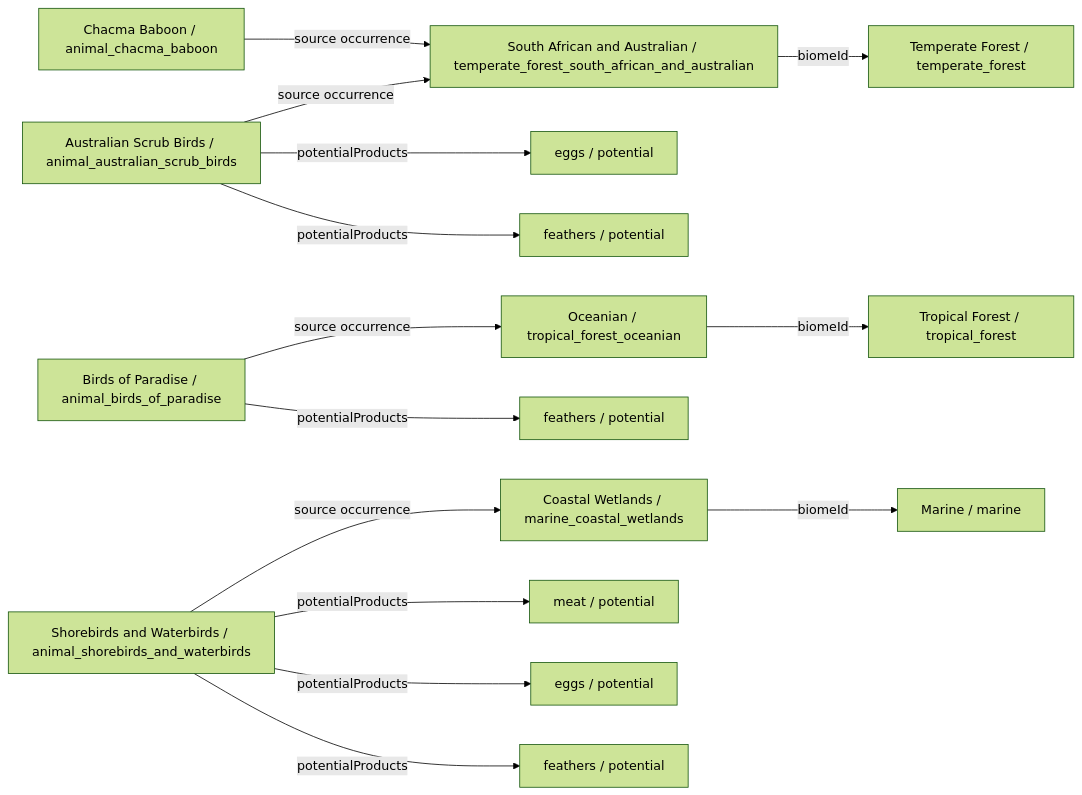
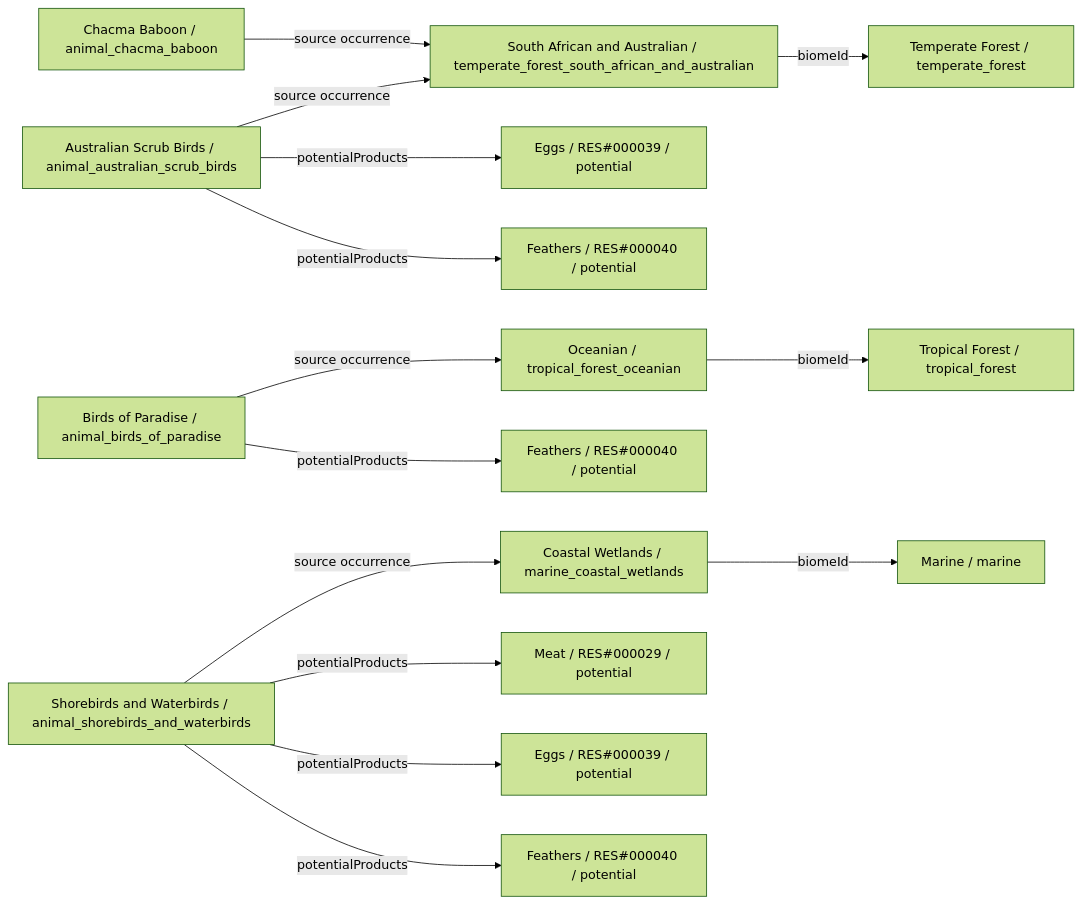
One commit to fgabo404/EvolveDoc changed the second of 34 diagrams in data/animals/DIAGRAMS.md. Above: the diagram before and after it, drawn with Mermaid (forest theme). The commit also changed other lines of this file and 50 other files, not shown here.

````diff
--- a/data/animals/DIAGRAMS.md
+++ b/data/animals/DIAGRAMS.md
@@ -200,32 +200,32 @@
 ```mermaid
 flowchart LR
     c0["Australian Scrub Birds / animal_australian_scrub_birds"]
     v6["South African and Australian / temperate_forest_south_african_and_australian"]
     b1["Temperate Forest / temperate_forest"]
-    o0_0["eggs / potential"]
-    o0_1["feathers / potential"]
+    o0_0["Eggs / RES#000039 / potential"]
+    o0_1["Feathers / RES#000040 / potential"]
     c1["Birds of Paradise / animal_birds_of_paradise"]
     v3["Oceanian / tropical_forest_oceanian"]
     b0["Tropical Forest / tropical_forest"]
-    o1_0["feathers / potential"]
+    o1_0["Feathers / RES#000040 / potential"]
     c2["Shorebirds and Waterbirds / animal_shorebirds_and_waterbirds"]
     v22["Coastal Wetlands / marine_coastal_wetlands"]
     b5["Marine / marine"]
-    o2_0["meat / potential"]
-    o2_1["eggs / potential"]
-    o2_2["feathers / potential"]
+    o2_0["Meat / RES#000029 / potential"]
+    o2_1["Eggs / RES#000039 / potential"]
+    o2_2["Feathers / RES#000040 / potential"]
     c3["Chacma Baboon / animal_chacma_baboon"]
     c0 -->|potentialProducts| o0_0
     c0 -->|potentialProducts| o0_1
     c0 -->|source occurrence| v6
     c1 -->|potentialProducts| o1_0
     c1 -->|source occurrence| v3
     c2 -->|potentialProducts| o2_0
     c2 -->|potentialProducts| o2_1
     c2 -->|potentialProducts| o2_2
     c2 -->|source occurrence| v22
     c3 -->|source occurrence| v6
     v22 -->|biomeId| b5
     v3 -->|biomeId| b0
     v6 -->|biomeId| b1
 ```
````
